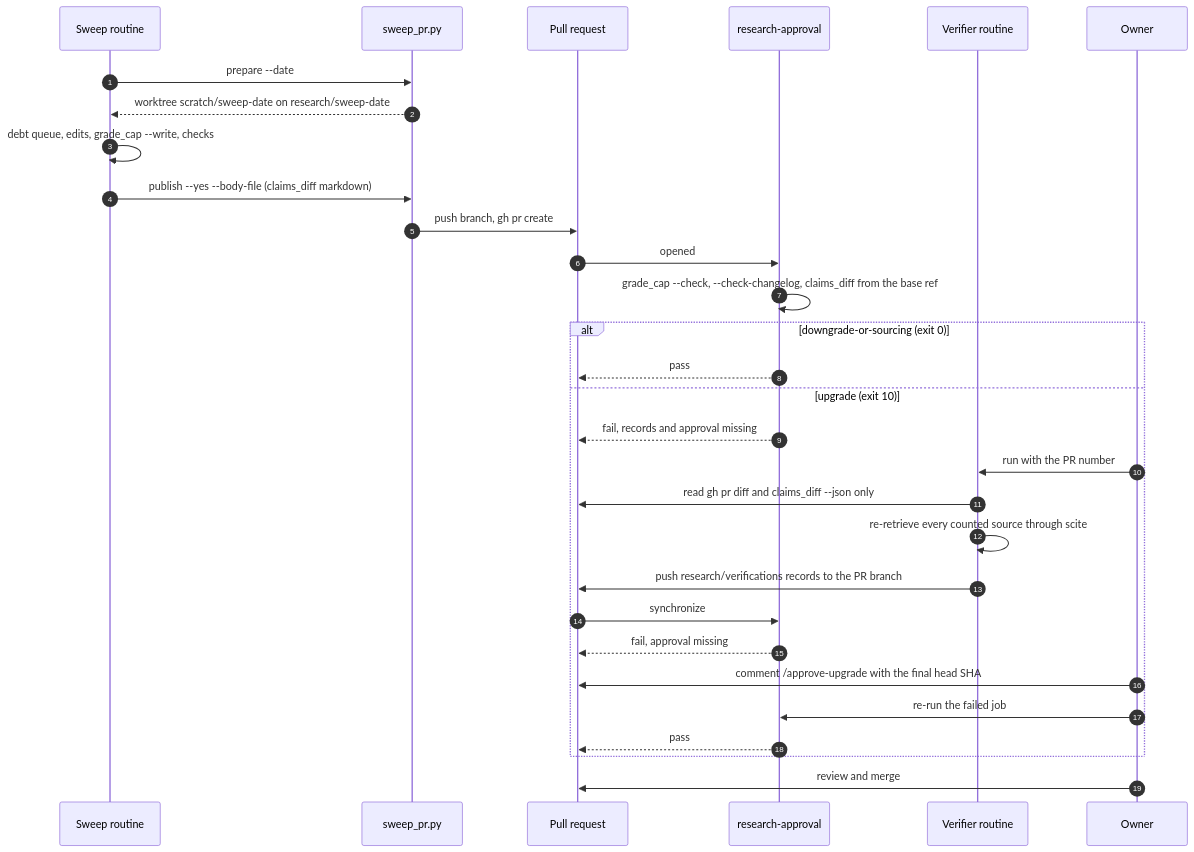
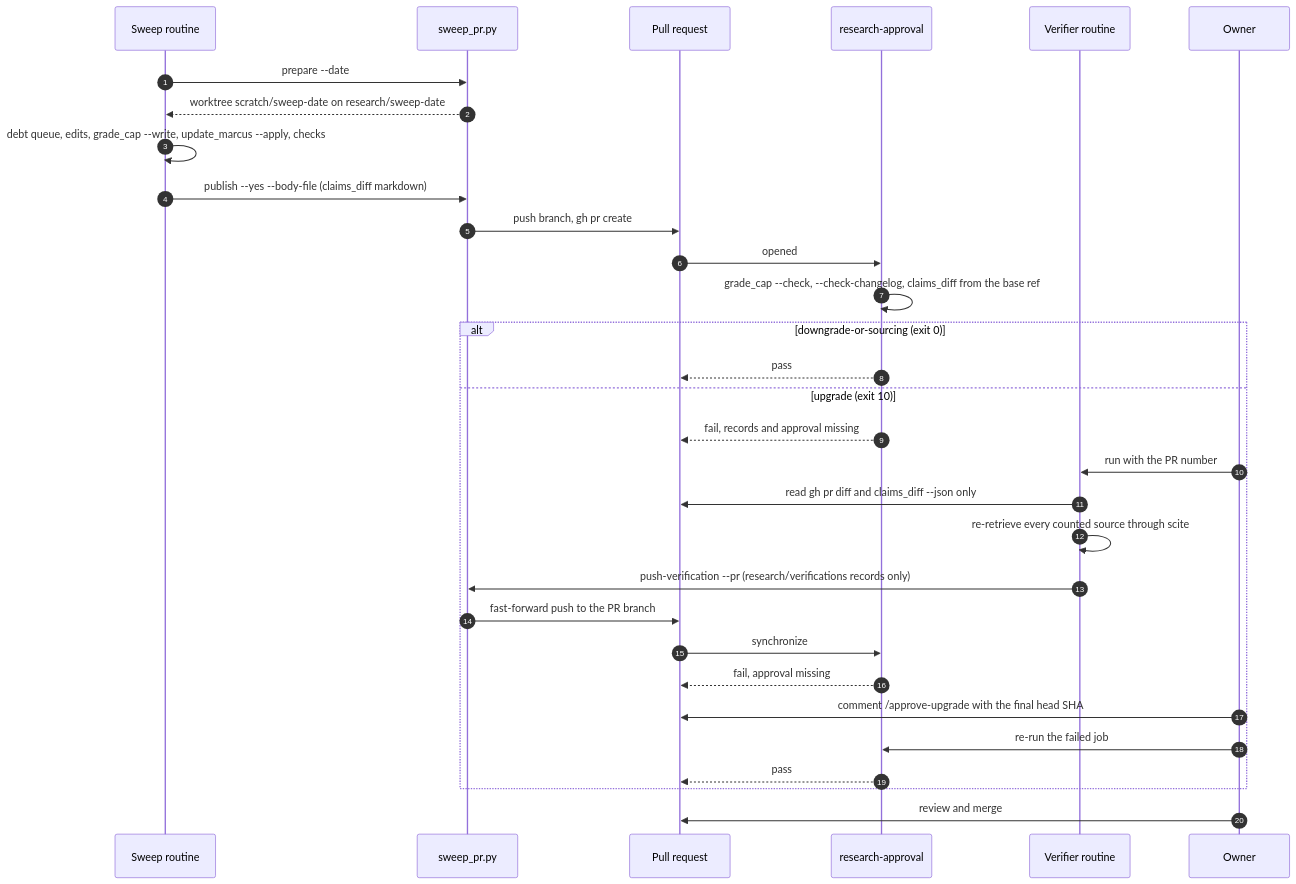
Before and after one commit to syst0m/demiurge: the diagram in docs/RESEARCH_PIPELINE.md, drawn with Mermaid. The commit also changed other lines of this file and 10 other files, not shown here.

````diff
--- a/docs/RESEARCH_PIPELINE.md
+++ b/docs/RESEARCH_PIPELINE.md
@@ -26,33 +26,34 @@
 ```mermaid
 sequenceDiagram
     autonumber
     participant S as Sweep routine
     participant P as sweep_pr.py
     participant GH as Pull request
     participant CI as research-approval
     participant V as Verifier routine
     participant O as Owner
 
     S->>P: prepare --date
     P-->>S: worktree scratch/sweep-date on research/sweep-date
-    S->>S: debt queue, edits, grade_cap --write, checks
+    S->>S: debt queue, edits, grade_cap --write, update_marcus --apply, checks
     S->>P: publish --yes --body-file (claims_diff markdown)
     P->>GH: push branch, gh pr create
     GH->>CI: opened
     CI->>CI: grade_cap --check, --check-changelog, claims_diff from the base ref
     alt downgrade-or-sourcing (exit 0)
         CI-->>GH: pass
     else upgrade (exit 10)
         CI-->>GH: fail, records and approval missing
         O->>V: run with the PR number
         V->>GH: read gh pr diff and claims_diff --json only
         V->>V: re-retrieve every counted source through scite
-        V->>GH: push research/verifications records to the PR branch
+        V->>P: push-verification --pr (research/verifications records only)
+        P->>GH: fast-forward push to the PR branch
         GH->>CI: synchronize
         CI-->>GH: fail, approval missing
         O->>GH: comment /approve-upgrade with the final head SHA
         O->>CI: re-run the failed job
         CI-->>GH: pass
     end
     O->>GH: review and merge
 ```
````
